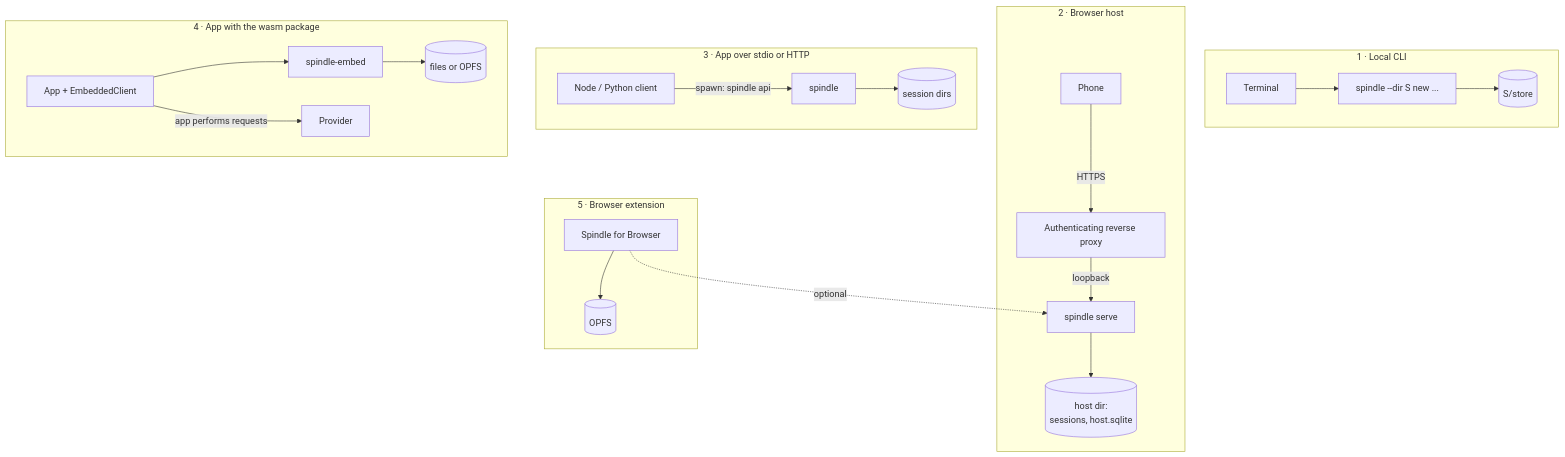
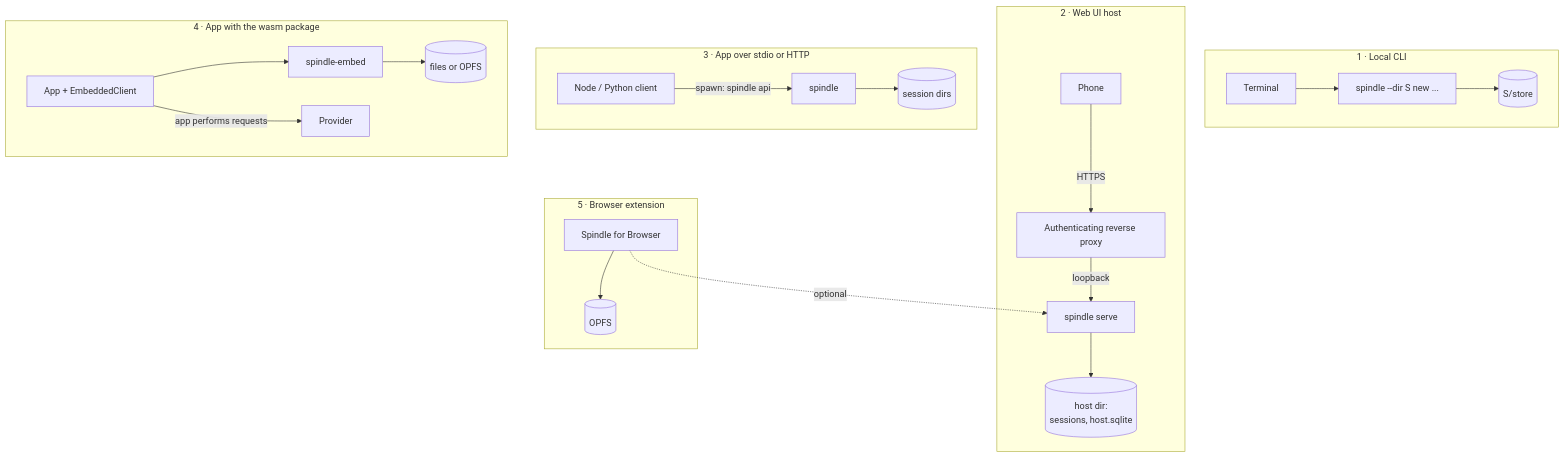
Before and after one commit to SiliconState/Spindle: the sixth of 6 diagrams in docs/architecture.md, drawn with Mermaid. The commit also changed other lines of this file and 42 other files, not shown here.

````diff
--- a/docs/architecture.md
+++ b/docs/architecture.md
@@ -276,20 +276,20 @@
 ```mermaid
 flowchart TB
     subgraph A["1 · Local CLI"]
         A1["Terminal"] --> A2["spindle --dir S new ..."] --> A3[("S/store")]
     end
-    subgraph B["2 · Browser host"]
+    subgraph B["2 · Web UI host"]
         B1["Phone"] -->|"HTTPS"| B2["Authenticating reverse proxy"] -->|"loopback"| B3["spindle serve"] --> B4[("host dir:<br/>sessions, host.sqlite")]
     end
     subgraph C["3 · App over stdio or HTTP"]
         C1["Node / Python client"] -->|"spawn: spindle api"| C2["spindle"] --> C3[("session dirs")]
     end
     subgraph D["4 · App with the wasm package"]
         D1["App + EmbeddedClient"] --> D2["spindle-embed"] --> D3[("files or OPFS")]
         D1 -->|"app performs requests"| D4["Provider"]
     end
     subgraph E["5 · Browser extension"]
         E1["Spindle for Browser"] --> E2[("OPFS")]
         E1 -.->|"optional"| B3
     end
 ```
````
